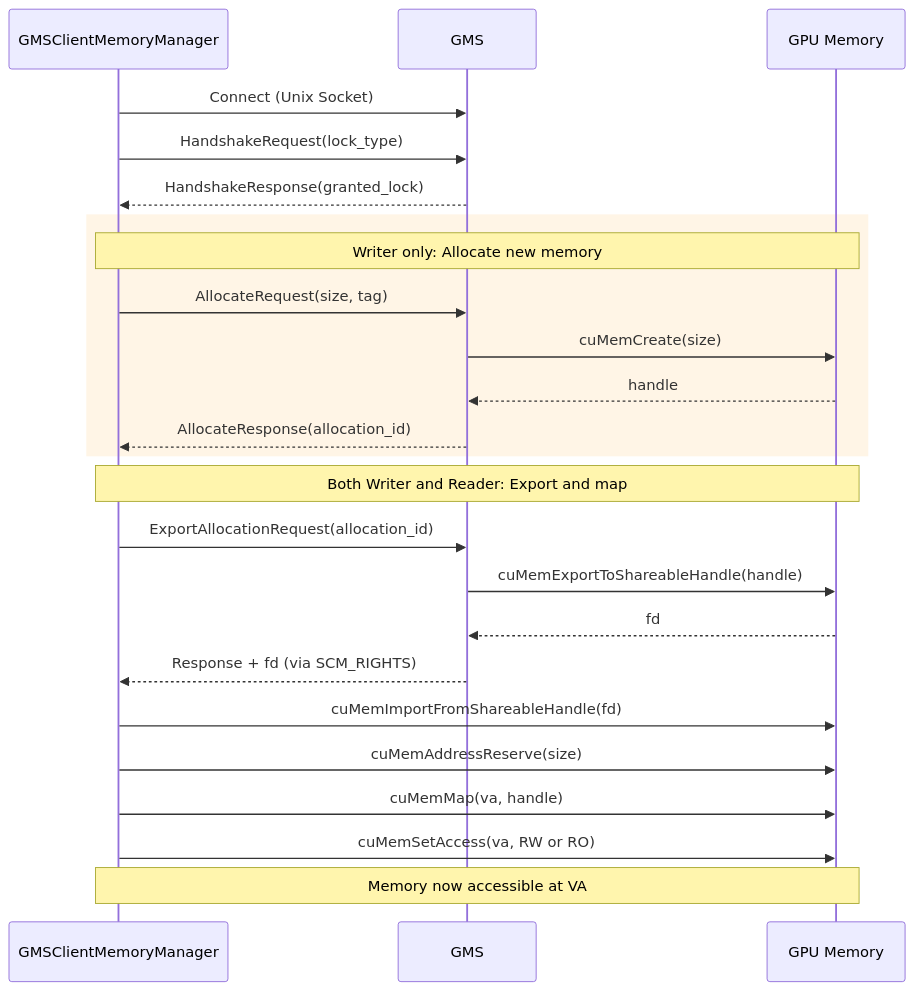
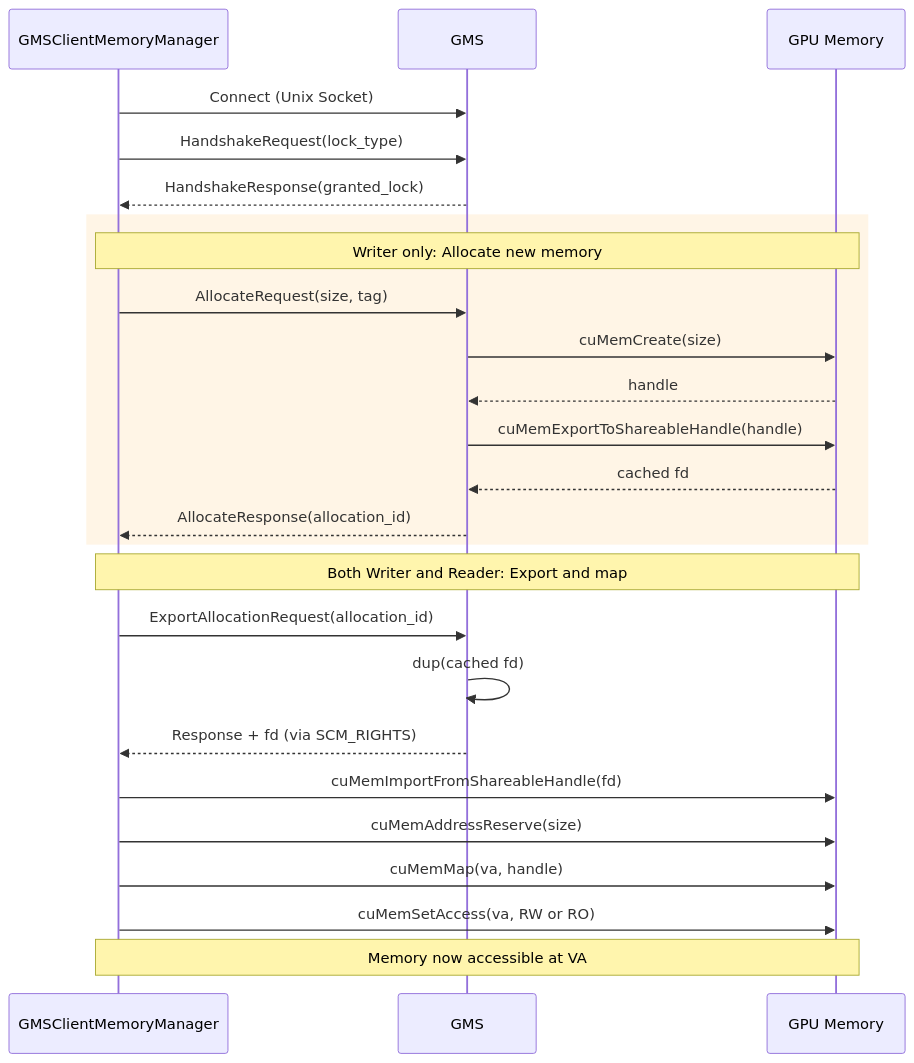
Before and after one commit to ai-dynamo/dynamo: the first of 8 diagrams in lib/gpu_memory_service/README.md, drawn with Mermaid. The commit also changed other lines of this file and 2 other files, not shown here.

Commit message:
fix(gms): clarify cached export fd flow

````diff
--- a/lib/gpu_memory_service/README.md
+++ b/lib/gpu_memory_service/README.md
@@ -92,34 +92,35 @@
 ```mermaid
 sequenceDiagram
     participant C as GMSClientMemoryManager
     participant S as GMS
     participant GPU as GPU Memory
 
     %% Connection
     C->>S: Connect (Unix Socket)
     C->>S: HandshakeRequest(lock_type)
     S-->>C: HandshakeResponse(granted_lock)
 
     %% Allocation (Writer only)
     rect rgb(255, 245, 230)
         Note over C,GPU: Writer only: Allocate new memory
         C->>S: AllocateRequest(size, tag)
         S->>GPU: cuMemCreate(size)
         GPU-->>S: handle
+        S->>GPU: cuMemExportToShareableHandle(handle)
+        GPU-->>S: cached fd
         S-->>C: AllocateResponse(allocation_id)
     end
 
     %% Export/Import (Both Writer and Reader)
     Note over C,GPU: Both Writer and Reader: Export and map
     C->>S: ExportAllocationRequest(allocation_id)
-    S->>GPU: cuMemExportToShareableHandle(handle)
-    GPU-->>S: fd
+    S->>S: dup(cached fd)
     S-->>C: Response + fd (via SCM_RIGHTS)
 
     C->>GPU: cuMemImportFromShareableHandle(fd)
     C->>GPU: cuMemAddressReserve(size)
     C->>GPU: cuMemMap(va, handle)
     C->>GPU: cuMemSetAccess(va, RW or RO)
 
     Note over C,GPU: Memory now accessible at VA
 ```
````
